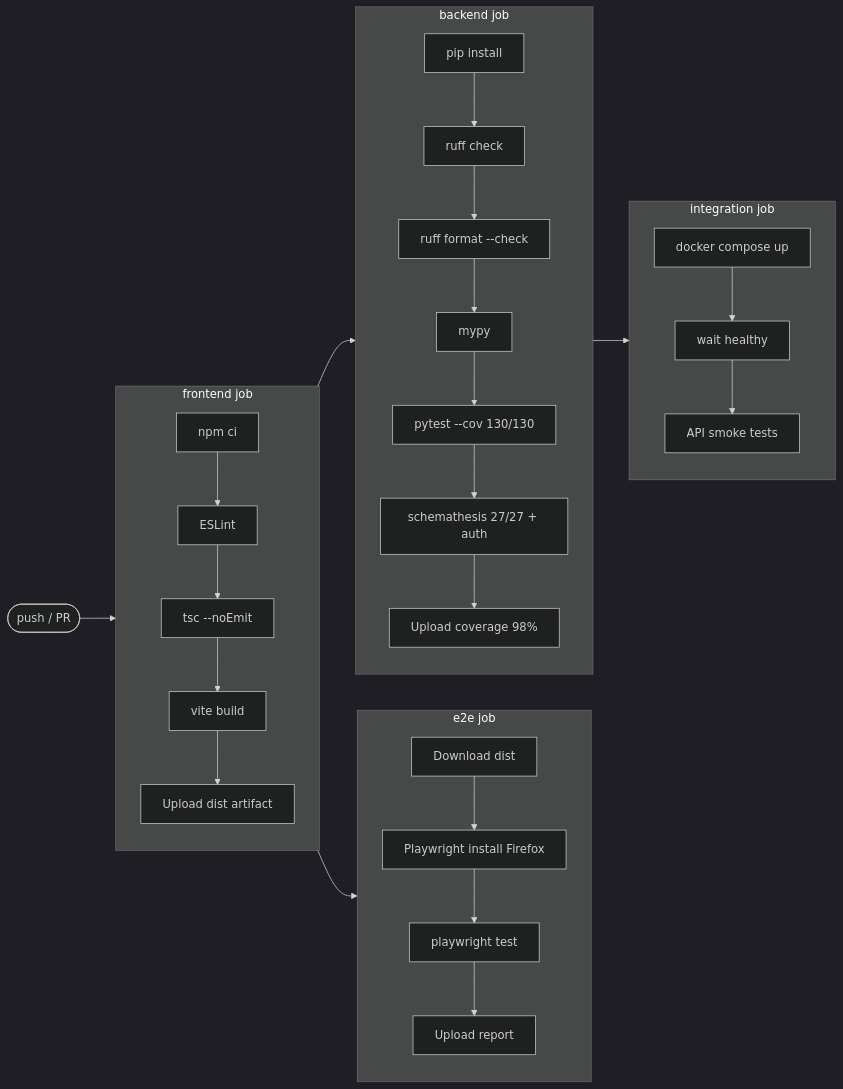
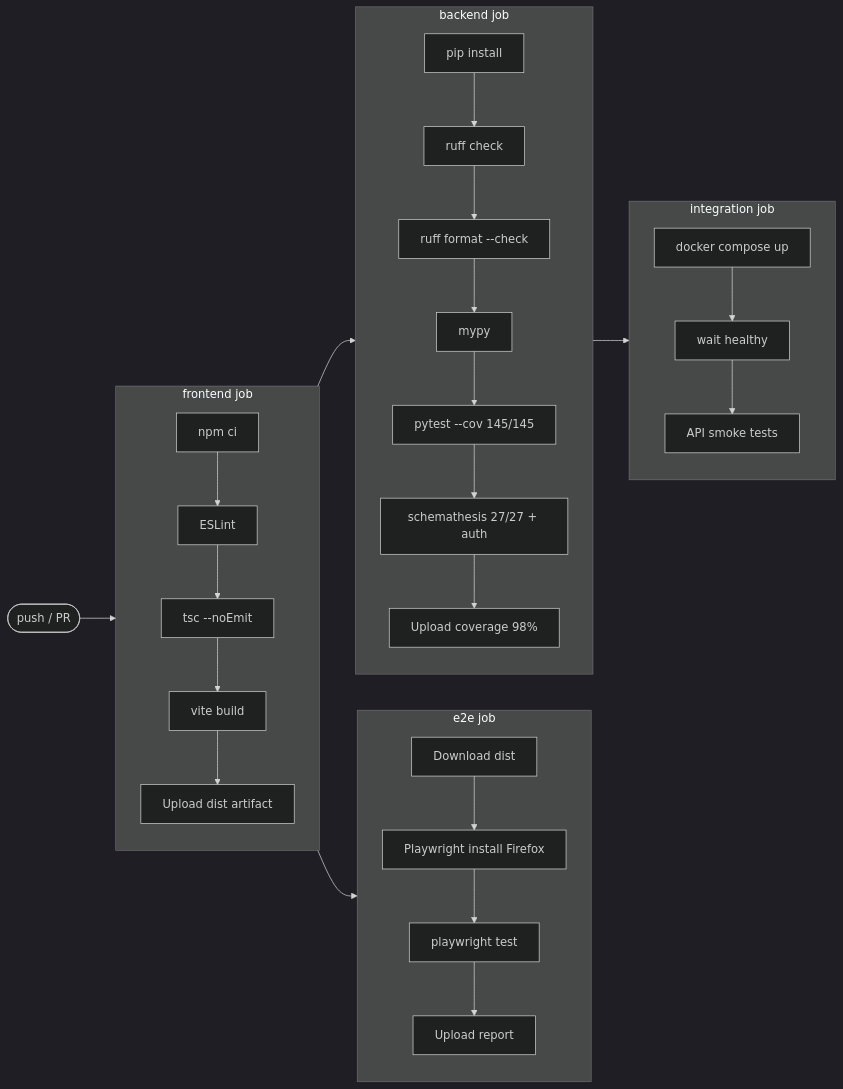
The second of 3 diagrams in README.md (Kensan196948G/ArcSphere3D), drawn with Mermaid (dark theme) before and after one commit. The commit also changed other lines of this file and 1 other file, not shown here.

First line of the commit message:
docs(readme): refresh feature table + E2E/pytest counts (session 2026-05-21)

````diff
--- a/README.md
+++ b/README.md
@@ -170,35 +178,35 @@
 ```mermaid
 flowchart LR
     A([push / PR]) --> F
 
     subgraph F["frontend job"]
         F1[npm ci] --> F2[ESLint]
         F2 --> F3[tsc --noEmit]
         F3 --> F4[vite build]
         F4 --> F5[Upload dist artifact]
     end
 
     subgraph E["e2e job"]
         E1[Download dist] --> E2[Playwright install Firefox]
         E2 --> E3[playwright test]
         E3 --> E4[Upload report]
     end
 
     subgraph B["backend job"]
         B1[pip install] --> B2[ruff check]
         B2 --> B3[ruff format --check]
         B3 --> B4[mypy]
-        B4 --> B5[pytest --cov 130/130]
+        B4 --> B5[pytest --cov 145/145]
         B5 --> B6[schemathesis 27/27 + auth]
         B6 --> B7[Upload coverage 98%]
     end
 
     subgraph I["integration job"]
         I1[docker compose up] --> I2[wait healthy]
         I2 --> I3[API smoke tests]
     end
 
     F --> E
     F --> B
     B --> I
 ```
````
